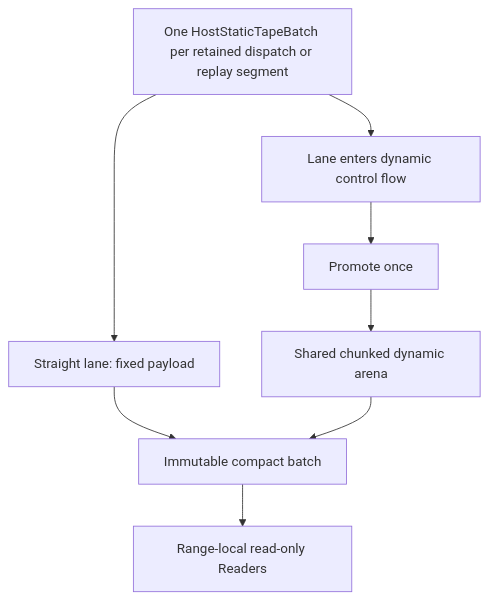
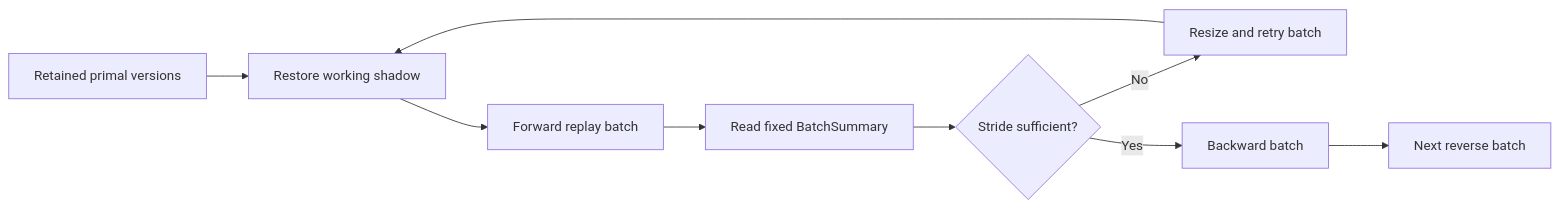
The third of 4 diagrams in specs/autodiff_tutorial.md (morphling666/VernonDSL), drawn with Mermaid before and after one commit. The commit also changed other lines of this file and 109 other files, not shown here.

````diff
--- a/specs/autodiff_tutorial.md
+++ b/specs/autodiff_tutorial.md
@@ -540,11 +869,11 @@
 ```mermaid
-flowchart TB
-    Batch["One HostStaticTapeBatch per retained dispatch or replay segment"]
-    Batch --> StaticLane["Straight lane: fixed payload"]
-    Batch --> Candidate["Lane enters dynamic control flow"]
-    Candidate --> Promote["Promote once"]
-    Promote --> DynamicArena["Shared chunked dynamic arena"]
-    StaticLane --> Compact["Immutable compact batch"]
-    DynamicArena --> Compact
-    Compact --> Reader["Range-local read-only Readers"]
+flowchart LR
+    Retained["Retained primal versions"] --> Restore["Restore working shadow"]
+    Restore --> ForwardBatch["Forward replay batch"]
+    ForwardBatch --> Status["Read fixed BatchSummary"]
+    Status --> Retry{"Stride sufficient?"}
+    Retry -->|No| Resize["Resize and retry batch"]
+    Resize --> Restore
+    Retry -->|Yes| BackwardBatch["Backward batch"]
+    BackwardBatch --> Next["Next reverse batch"]
 ```
````
